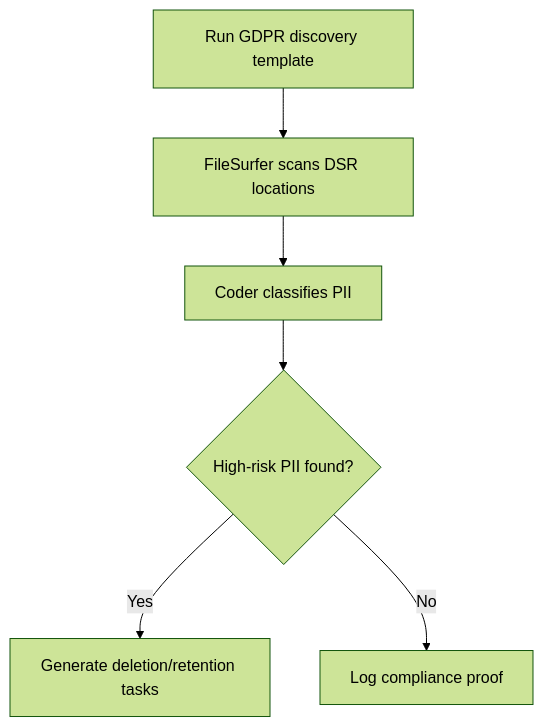
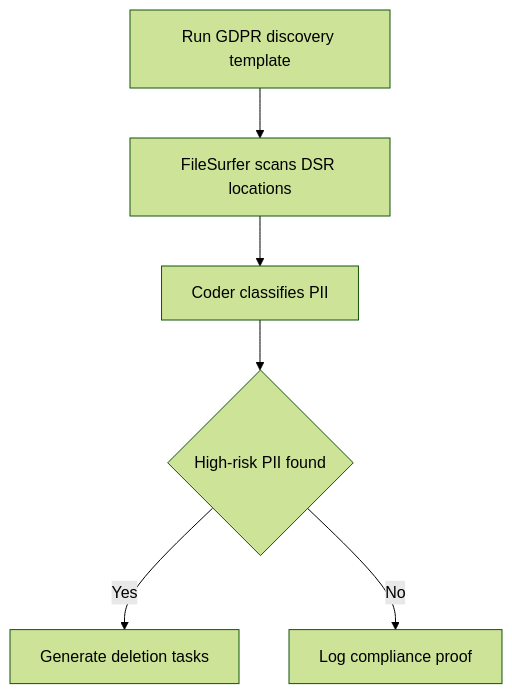
One commit to andiekobbietks/magentic-ui changed the eighth of 13 diagrams in README.md. Above: the diagram before and after it, drawn with Mermaid (forest theme). The commit also changed other lines of this file, not shown here.

Commit message:
docs: fix mermaid syntax and add before/after tables for personas

````diff
--- a/README.md
+++ b/README.md
@@ -209,8 +272,8 @@
-  ```mermaid
-  flowchart TD
+```mermaid
+flowchart TD
     A[Run GDPR discovery template] --> B[FileSurfer scans DSR locations]
     B --> C[Coder classifies PII]
-    C --> D{High-risk PII found?}
-    D -->|Yes| E[Generate deletion/retention tasks]
+    C --> D{High-risk PII found}
+    D -->|Yes| E[Generate deletion tasks]
     D -->|No| F[Log compliance proof]
-  ```
+```
````
